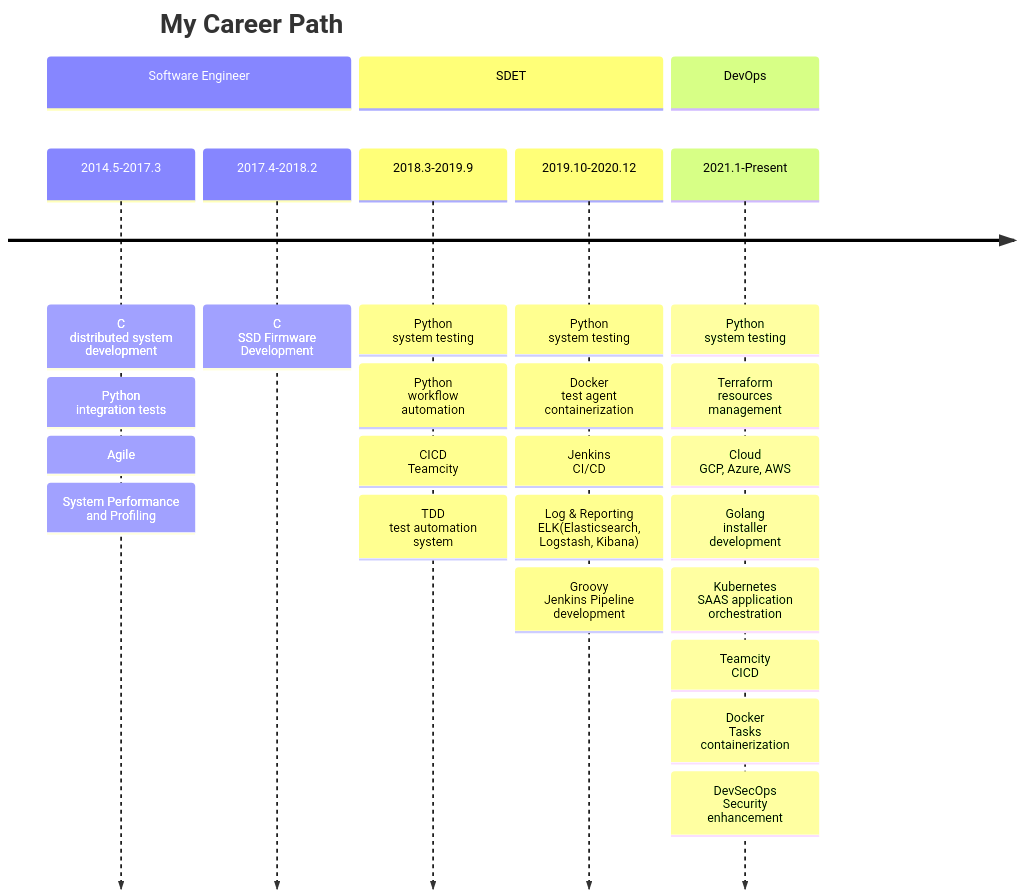
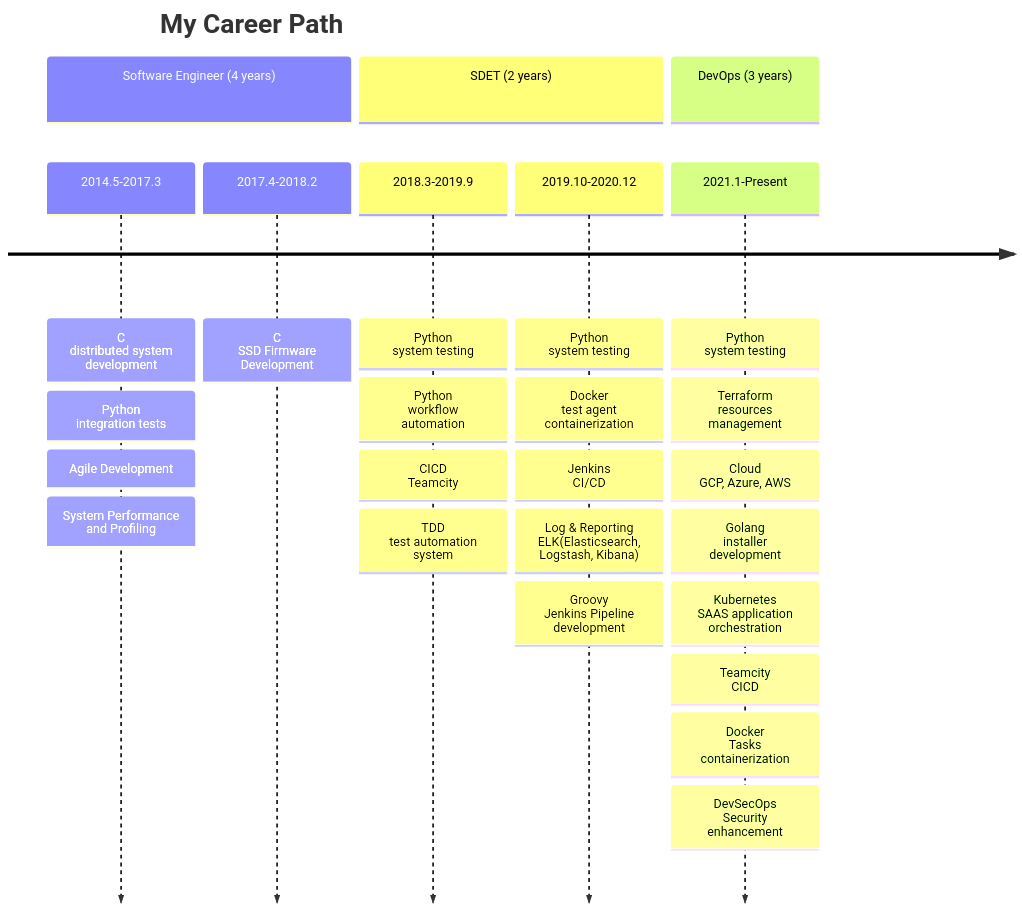
Before and after one commit to anonyknight/anonyknight.github.io: the diagram in src/pages/about_me.mdx, drawn with Mermaid. The commit also changed other lines of this file, not shown here.

Commit message:
Polished about me.

````diff
--- a/src/pages/about_me.mdx
+++ b/src/pages/about_me.mdx
@@ -94,34 +87,34 @@
 ```mermaid
 timeline
   title My Career Path
-  section Software Engineer
+  section Software Engineer (4 years)
     2014.5-2017.3 
       : C <br> distributed system development
       : Python <br> integration tests
-      : Agile
+      : Agile Development
       : System Performance and Profiling
     2017.4-2018.2
       : C <br> SSD Firmware Development
-  section SDET
+  section SDET (2 years)
     2018.3-2019.9
       : Python <br> system testing
       : Python <br> workflow automation
       : CICD <br> Teamcity
       : TDD <br> test automation system
     2019.10-2020.12
       : Python <br> system testing
       : Docker <br> test agent containerization
       : Jenkins <br> CI/CD
       : Log & Reporting <br> ELK(Elasticsearch, Logstash, Kibana)
       : Groovy <br> Jenkins Pipeline development
-  section DevOps
+  section DevOps (3 years)
     2021.1-Present 
       : Python <br> system testing
       : Terraform <br> resources management
       : Cloud <br> GCP, Azure, AWS
       : Golang <br> installer development
       : Kubernetes <br> SAAS application orchestration
       : Teamcity <br> CICD
       : Docker <br> Tasks containerization
       : DevSecOps <br> Security enhancement
 ```
````
